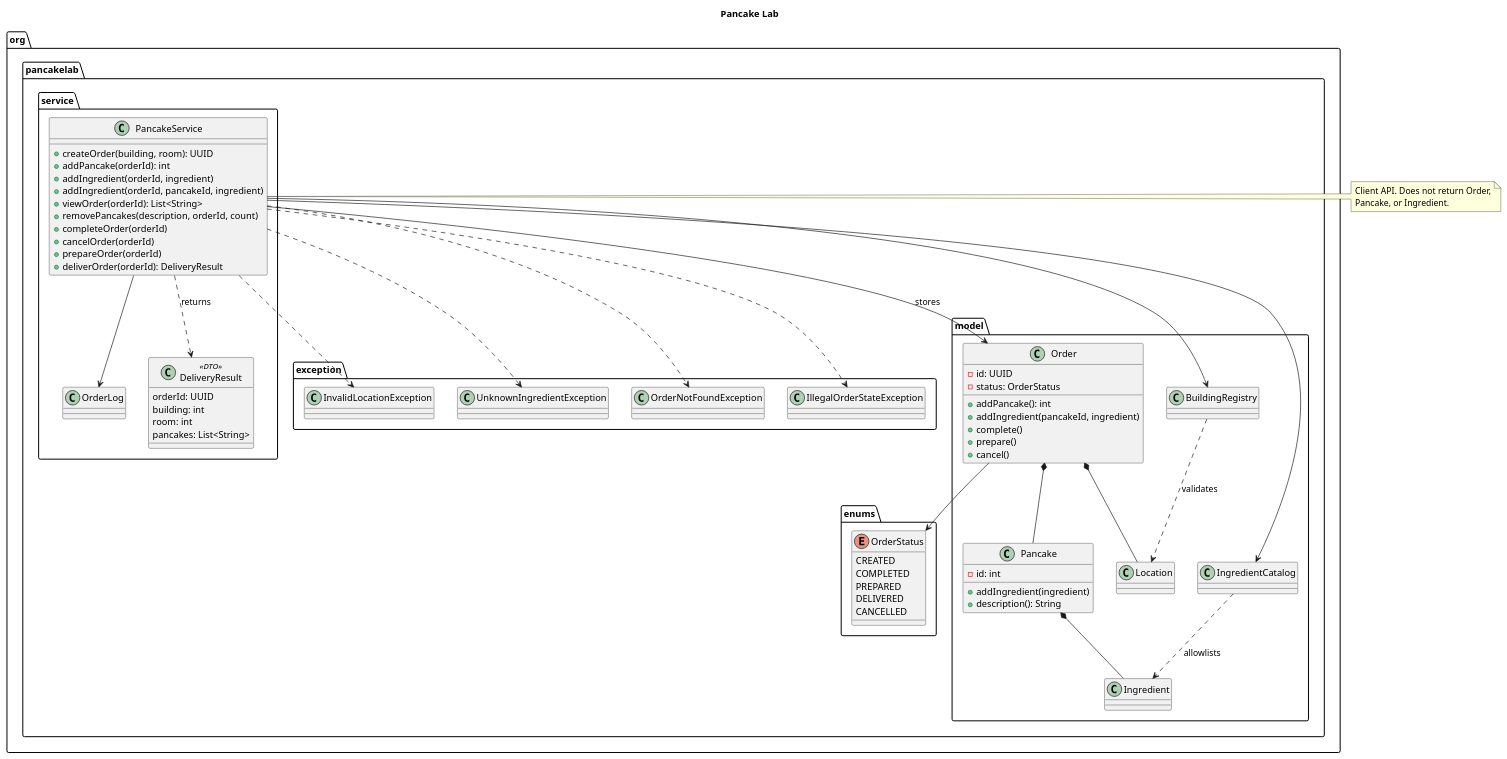
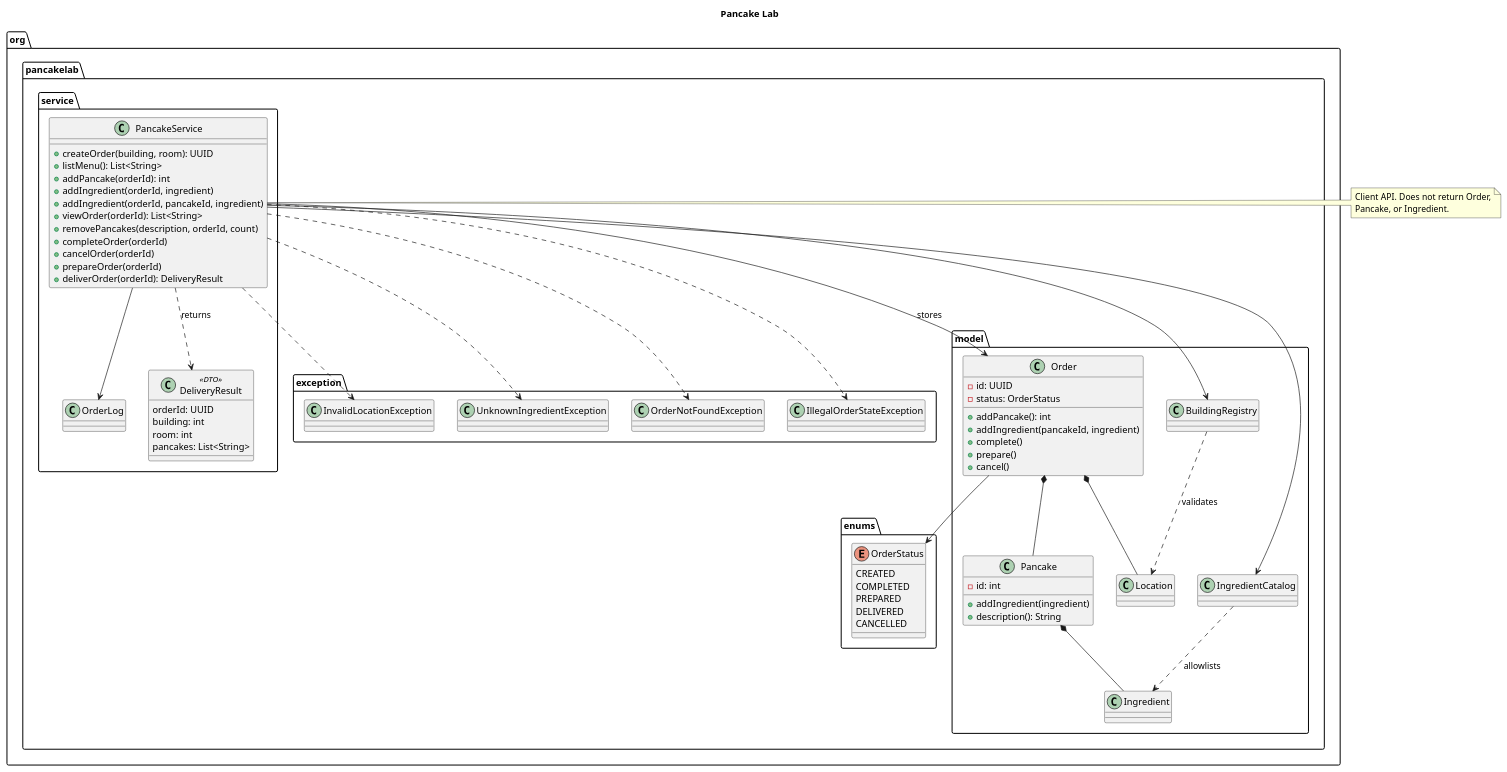
Before and after one commit to devnisaev/PancakeLab: the diagram in docs/domain.puml, drawn with PlantUML. The commit also changed 6 other files, not shown here.

```diff
--- a/docs/domain.puml
+++ b/docs/domain.puml
@@ -1,85 +1,86 @@
 @startuml
 title Pancake Lab
 
 package "org.pancakelab.service" {
   class PancakeService {
     + createOrder(building, room): UUID
+    + listMenu(): List<String>
     + addPancake(orderId): int
     + addIngredient(orderId, ingredient)
     + addIngredient(orderId, pancakeId, ingredient)
     + viewOrder(orderId): List<String>
     + removePancakes(description, orderId, count)
     + completeOrder(orderId)
     + cancelOrder(orderId)
     + prepareOrder(orderId)
     + deliverOrder(orderId): DeliveryResult
   }
   class OrderLog
   class DeliveryResult <<DTO>> {
     orderId: UUID
     building: int
     room: int
     pancakes: List<String>
   }
 }
 
 package "org.pancakelab.exception" {
   class InvalidLocationException
   class UnknownIngredientException
   class OrderNotFoundException
   class IllegalOrderStateException
 }
 
 package "org.pancakelab.enums" {
   enum OrderStatus {
     CREATED
     COMPLETED
     PREPARED
     DELIVERED
     CANCELLED
   }
 }
 
 package "org.pancakelab.model" {
   class Order {
     - id: UUID
     - status: OrderStatus
     + addPancake(): int
     + addIngredient(pancakeId, ingredient)
     + complete()
     + prepare()
     + cancel()
   }
   class Pancake {
     - id: int
     + addIngredient(ingredient)
     + description(): String
   }
   class Ingredient
   class Location
   class IngredientCatalog
   class BuildingRegistry
 }
 
 PancakeService --> Order : stores
 PancakeService --> IngredientCatalog
 PancakeService --> BuildingRegistry
 PancakeService --> OrderLog
 PancakeService ..> DeliveryResult : returns
 Order *-- Pancake
 Order *-- Location
 Order --> OrderStatus
 Pancake *-- Ingredient
 IngredientCatalog ..> Ingredient : allowlists
 BuildingRegistry ..> Location : validates
 PancakeService ..> InvalidLocationException
 PancakeService ..> UnknownIngredientException
 PancakeService ..> OrderNotFoundException
 PancakeService ..> IllegalOrderStateException
 
 note right of PancakeService
   Client API. Does not return Order,
   Pancake, or Ingredient.
 end note
 
 @enduml
```
